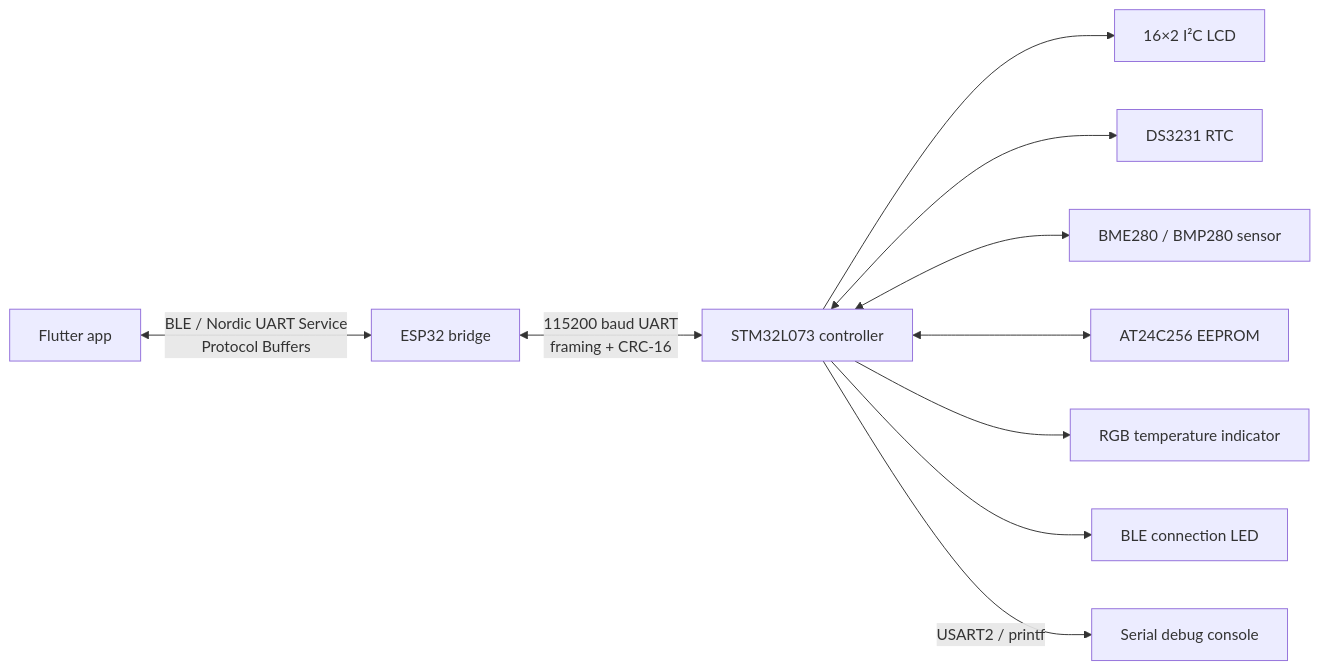
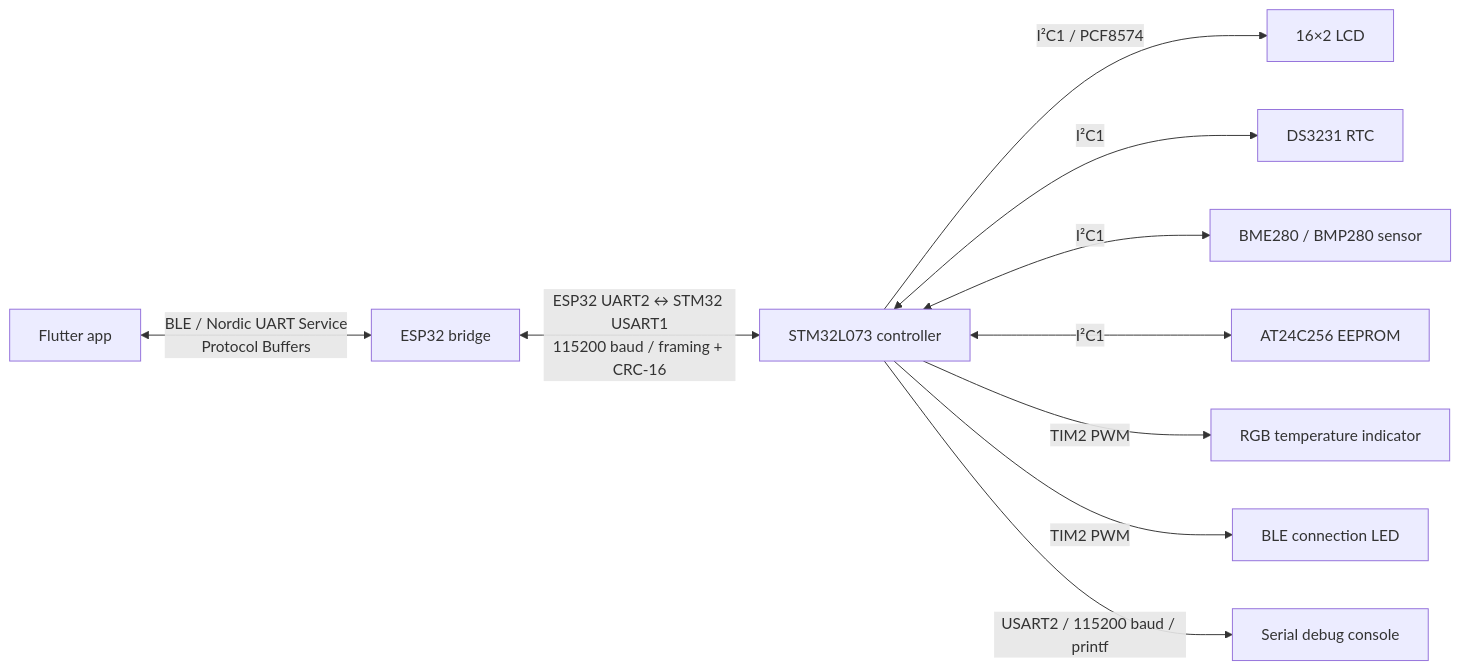
The diagram in README.md (faramozzayw/stm32-climate-clock), drawn with Mermaid before and after one commit. The commit also changed other lines of this file, not shown here.

Commit message:
docs: update project architecture and features

````diff
--- a/README.md
+++ b/README.md
@@ -16,12 +16,12 @@
 ```mermaid
 flowchart LR
     A["Flutter app"] <-->|"BLE / Nordic UART Service<br/>Protocol Buffers"| B["ESP32 bridge"]
-    B <-->|"115200 baud UART<br/>framing + CRC-16"| C["STM32L073 controller"]
-    C --> D["16×2 I²C LCD"]
-    C <--> E["DS3231 RTC"]
-    C <--> J["BME280 / BMP280 sensor"]
-    C <--> F["AT24C256 EEPROM"]
-    C --> G["RGB temperature indicator"]
-    C --> H["BLE connection LED"]
-    C -->|"USART2 / printf"| I["Serial debug console"]
+    B <-->|"ESP32 UART2 ↔ STM32 USART1<br/>115200 baud / framing + CRC-16"| C["STM32L073 controller"]
+    C -->|"I²C1 / PCF8574"| D["16×2 LCD"]
+    C <-->|"I²C1"| E["DS3231 RTC"]
+    C <-->|"I²C1"| J["BME280 / BMP280 sensor"]
+    C <-->|"I²C1"| F["AT24C256 EEPROM"]
+    C -->|"TIM2 PWM"| G["RGB temperature indicator"]
+    C -->|"TIM2 PWM"| H["BLE connection LED"]
+    C -->|"USART2 / 115200 baud / printf"| I["Serial debug console"]
 ```
````
